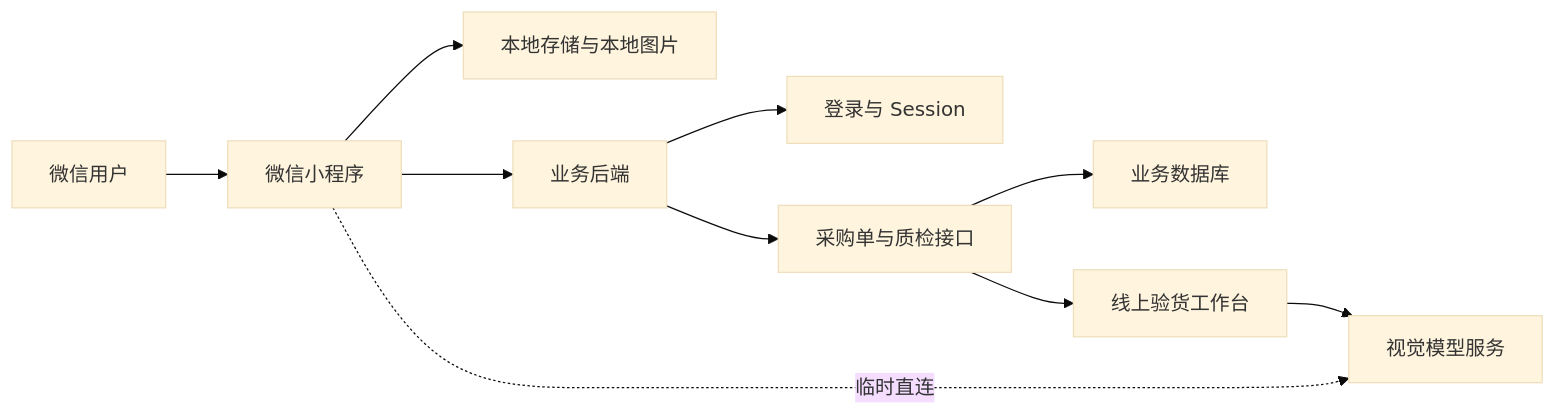
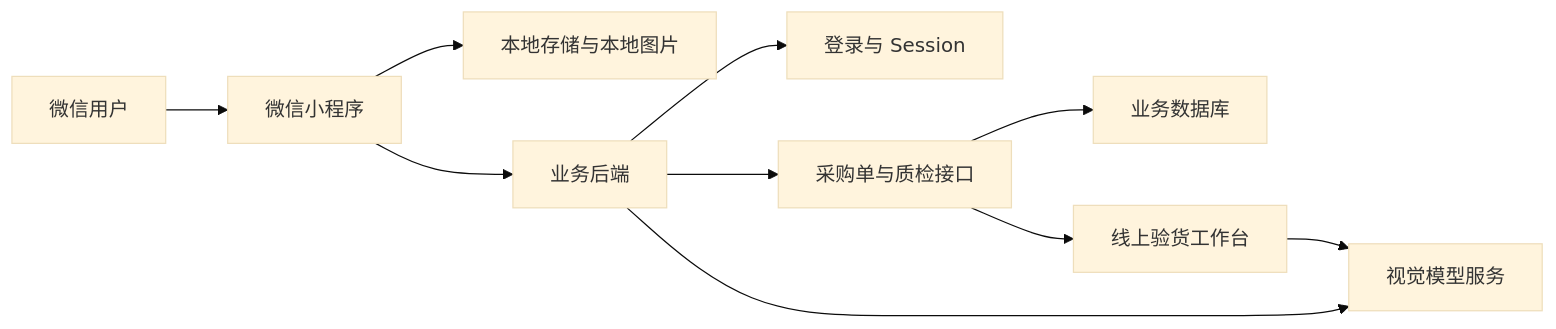
The diagram in README.md (baishang-ui/wechat_upload), drawn with Mermaid (base theme) before and after one commit. The commit also changed other lines of this file and 38 other files, not shown here.

````diff
--- a/README.md
+++ b/README.md
@@ -62,12 +64,12 @@
 ```mermaid
 flowchart LR
   U["微信用户"] --> MP["微信小程序"]
   MP --> LS["本地存储与本地图片"]
   MP --> API["业务后端"]
   API --> AUTH["登录与 Session"]
   API --> QI["采购单与质检接口"]
   QI --> DB["业务数据库"]
   QI --> WEB["线上验货工作台"]
   WEB --> MODEL["视觉模型服务"]
-  MP -. "临时直连" .-> MODEL["视觉模型服务"]
+  API --> MODEL["视觉模型服务"]
 ```
````
